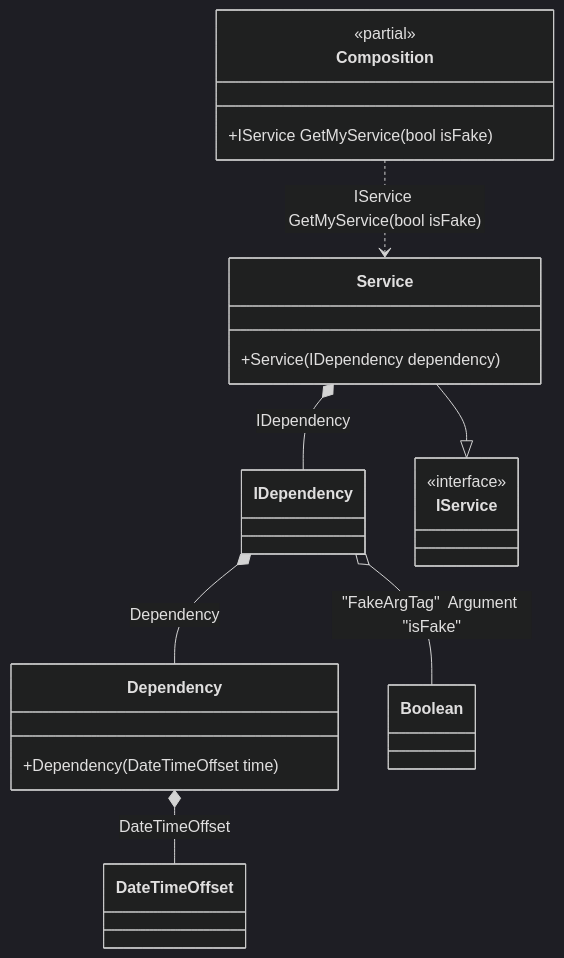
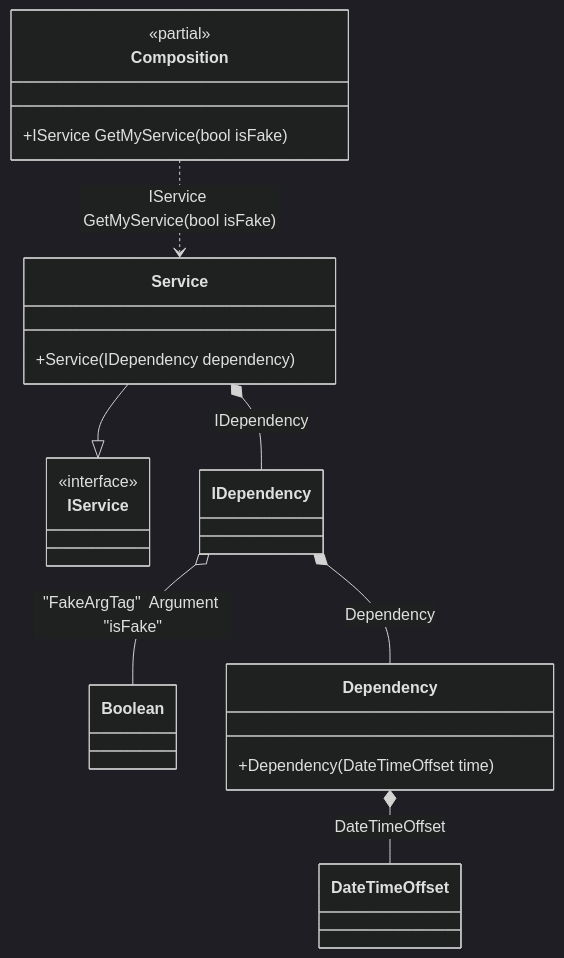
One commit to DevTeam/Pure.DI changed the diagram in readme/factory.md. Above: the diagram before and after it, drawn with Mermaid (dark theme). The commit also changed other lines of this file and 92 other files, not shown here.

````diff
--- a/readme/factory.md
+++ b/readme/factory.md
@@ -130,25 +130,25 @@
 ```mermaid
 classDiagram
 	class Composition {
 		<<partial>>
 		+IService GetMyService(bool isFake)
 	}
+	Service --|> IService
+	class Service {
+		+Service(IDependency dependency)
+	}
+	class IDependency
+	class Boolean
 	class Dependency {
 		+Dependency(DateTimeOffset time)
 	}
 	class DateTimeOffset
-	class Boolean
-	class IDependency
-	Service --|> IService
-	class Service {
-		+Service(IDependency dependency)
-	}
 	class IService {
 		<<interface>>
 	}
-	Dependency *--  DateTimeOffset : DateTimeOffset
 	Composition ..> Service : IService GetMyService(bool isFake)
+	Service *--  IDependency : IDependency
 	IDependency o-- Boolean : "FakeArgTag"  Argument "isFake"
 	IDependency *--  Dependency : Dependency
-	Service *--  IDependency : IDependency
+	Dependency *--  DateTimeOffset : DateTimeOffset
 ```
````
